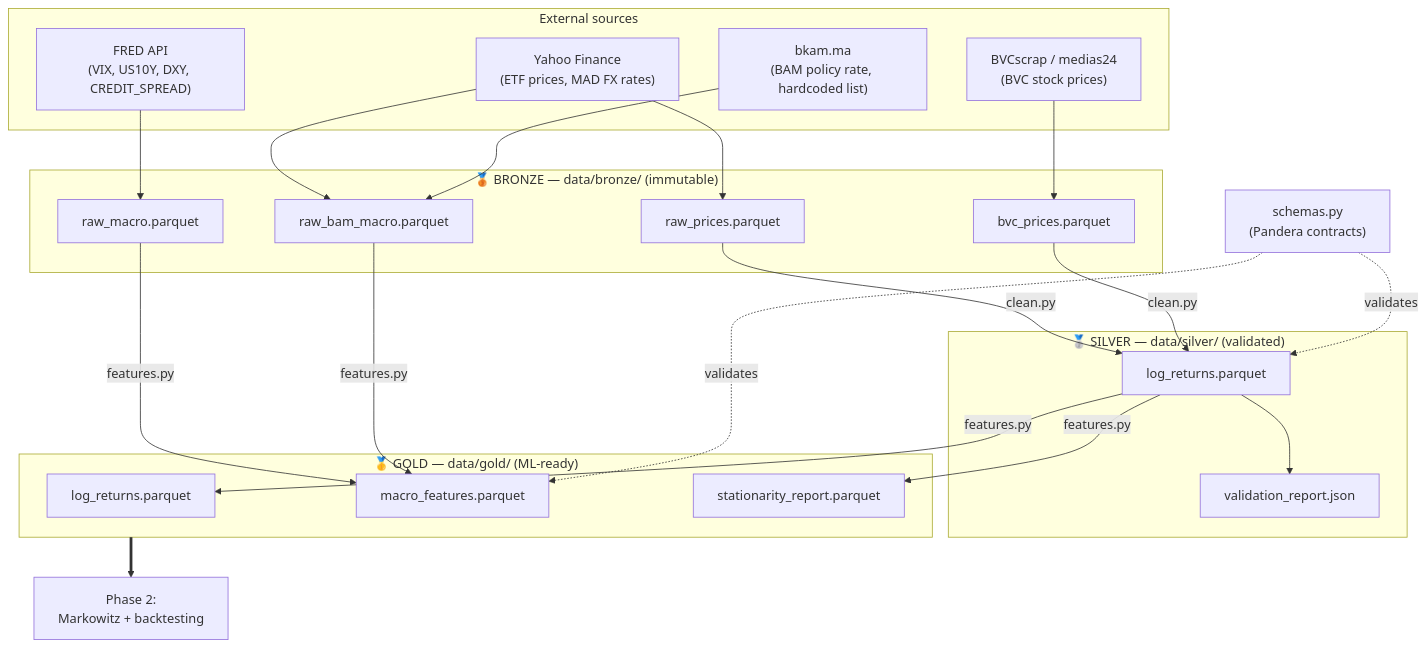
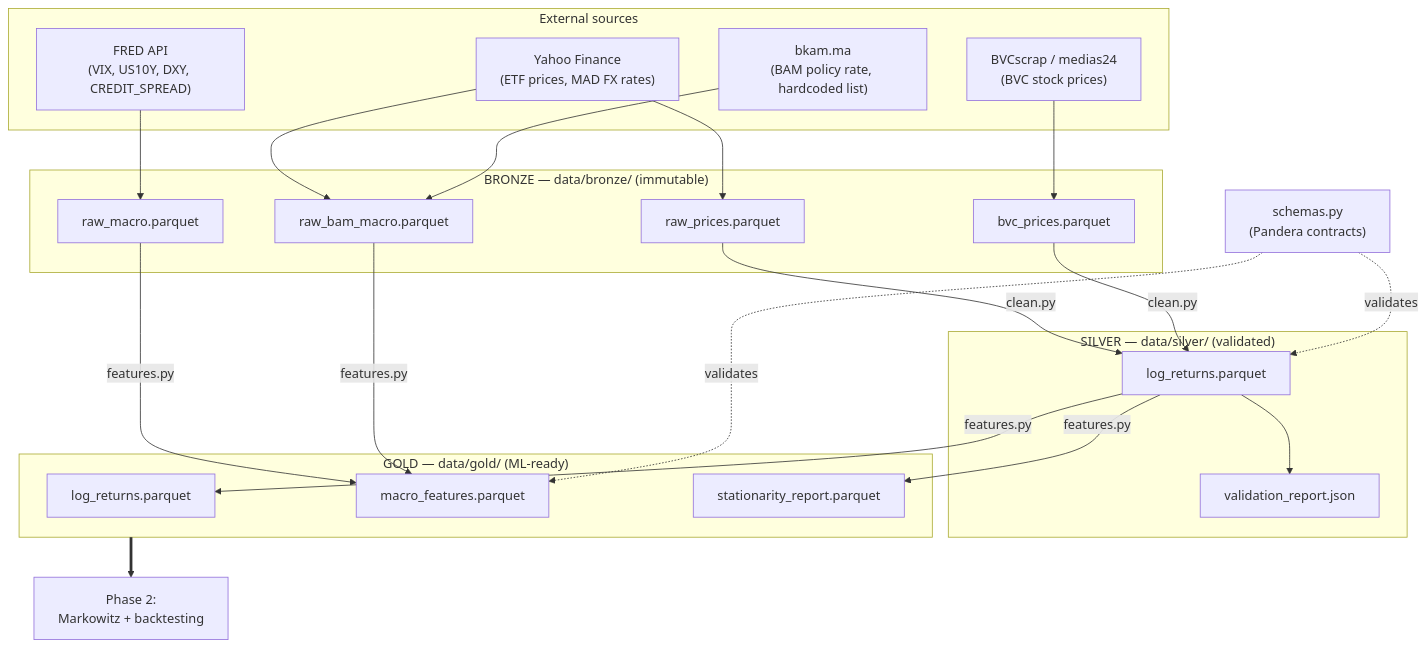
Before and after one commit to SouhailBourhim/Portfolio_ML: the diagram in docs/PHASE1_WALKTHROUGH.md, drawn with Mermaid. The commit also changed other lines of this file and 5 other files, not shown here.

````diff
--- a/docs/PHASE1_WALKTHROUGH.md
+++ b/docs/PHASE1_WALKTHROUGH.md
@@ -137,47 +137,47 @@
 ```mermaid
 flowchart TD
     subgraph Sources["External sources"]
         YF["Yahoo Finance<br/>(ETF prices, MAD FX rates)"]
         FRED["FRED API<br/>(VIX, US10Y, DXY, CREDIT_SPREAD)"]
         BVCS["BVCscrap / medias24<br/>(BVC stock prices)"]
         BKAM["bkam.ma<br/>(BAM policy rate, hardcoded list)"]
     end
 
-    subgraph Bronze["🥉 BRONZE — data/bronze/ (immutable)"]
+    subgraph Bronze["BRONZE — data/bronze/ (immutable)"]
         RP["raw_prices.parquet"]
         RM["raw_macro.parquet"]
         BP["bvc_prices.parquet"]
         BM["raw_bam_macro.parquet"]
     end
 
-    subgraph Silver["🥈 SILVER — data/silver/ (validated)"]
+    subgraph Silver["SILVER — data/silver/ (validated)"]
         LR["log_returns.parquet"]
         VR["validation_report.json"]
     end
 
-    subgraph Gold["🥇 GOLD — data/gold/ (ML-ready)"]
+    subgraph Gold["GOLD — data/gold/ (ML-ready)"]
         GLR["log_returns.parquet"]
         MF["macro_features.parquet"]
         SR["stationarity_report.parquet"]
     end
 
     YF --> RP
     FRED --> RM
     BVCS --> BP
     YF --> BM
     BKAM --> BM
 
     RP -->|"clean.py"| LR
     BP -->|"clean.py"| LR
     LR --> VR
     LR -->|"features.py"| GLR
     RM -->|"features.py"| MF
     BM -->|"features.py"| MF
     LR -->|"features.py"| SR
 
     SCH["schemas.py<br/>(Pandera contracts)"]
     SCH -.->|validates| LR
     SCH -.->|validates| MF
 
     Gold ==> P2["Phase 2:<br/>Markowitz + backtesting"]
 ```
````
